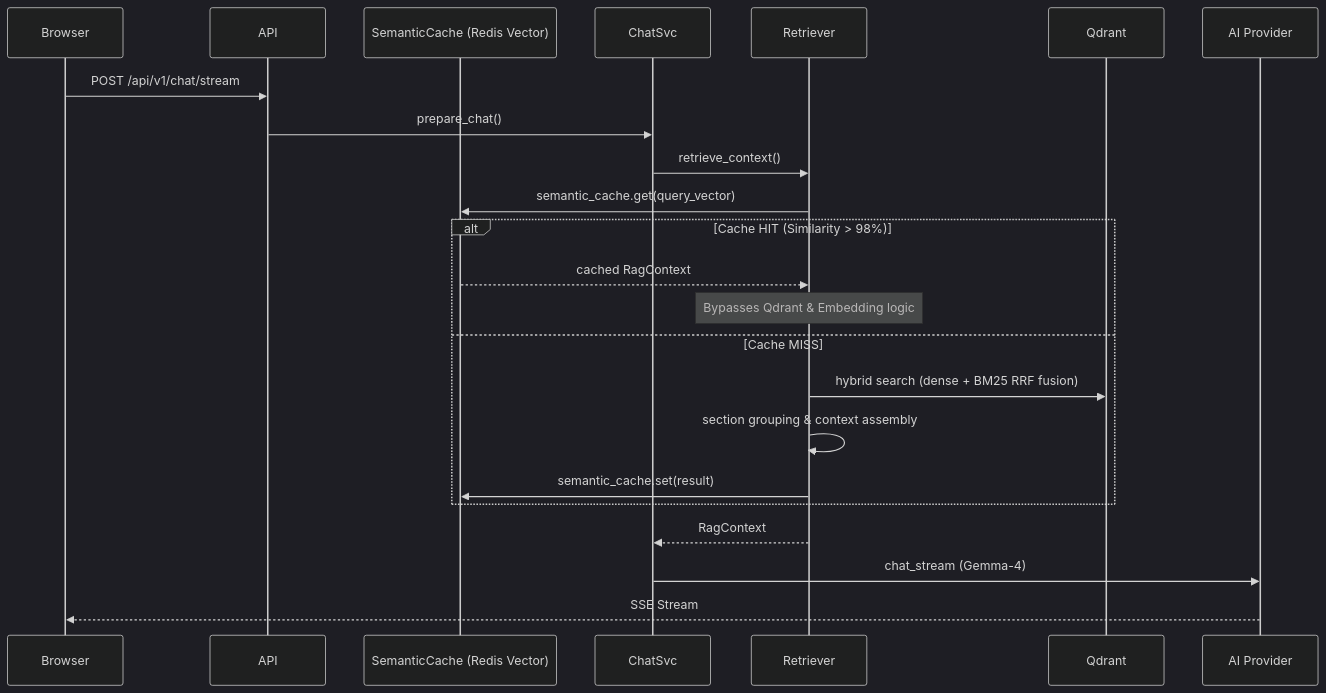
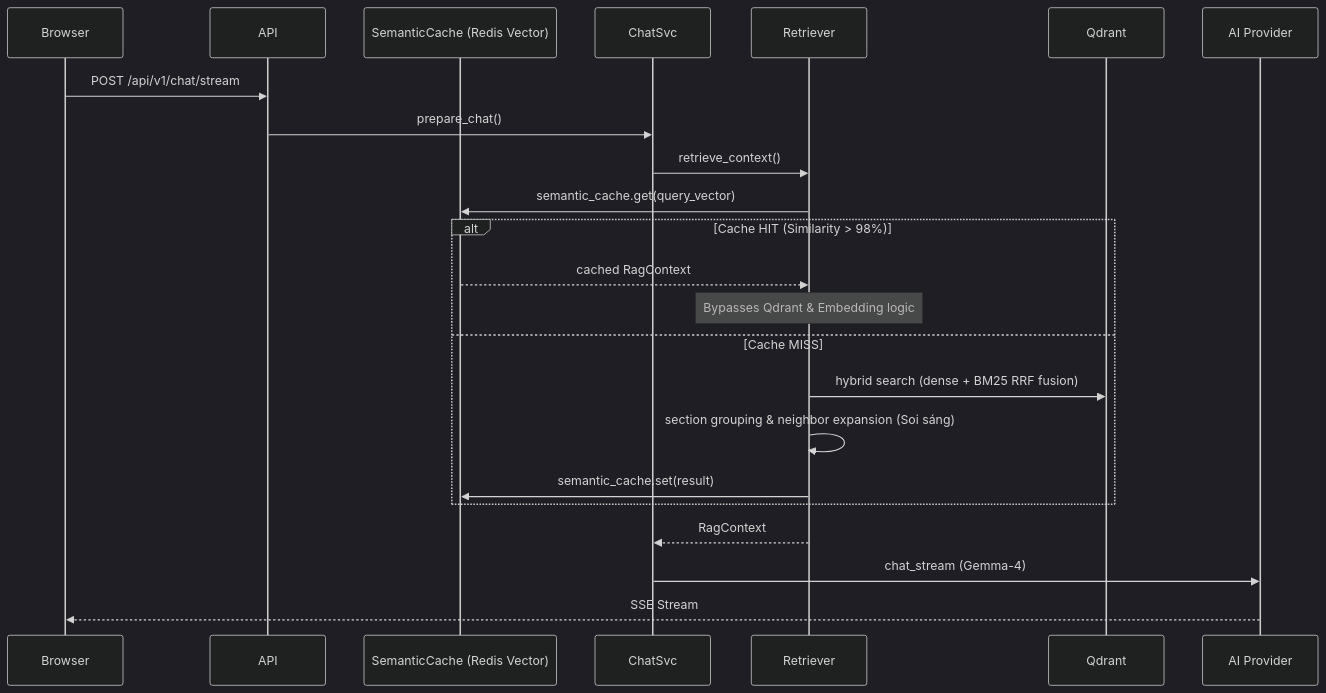
Before and after one commit to qtuanph/chatbot-rag: the second of 4 diagrams in docs/02_WORKFLOWS.md, drawn with Mermaid (dark theme). The commit also changed other lines of this file and 14 other files, not shown here.

````diff
--- a/docs/02_WORKFLOWS.md
+++ b/docs/02_WORKFLOWS.md
@@ -60,28 +60,28 @@
 ```mermaid
 sequenceDiagram
     participant Browser
     participant API
     participant Cache as SemanticCache (Redis Vector)
     participant ChatSvc
     participant Retriever
     participant Qdrant
     participant Provider as AI Provider
 
     Browser->>API: POST /api/v1/chat/stream
     API->>ChatSvc: prepare_chat()
     ChatSvc->>Retriever: retrieve_context()
     
     Retriever->>Cache: semantic_cache.get(query_vector)
     alt Cache HIT (Similarity > 98%)
         Cache-->>Retriever: cached RagContext
         Note over Retriever: Bypasses Qdrant & Embedding logic
     else Cache MISS
         Retriever->>Qdrant: hybrid search (dense + BM25 RRF fusion)
-        Retriever->>Retriever: section grouping & context assembly
+        Retriever->>Retriever: section grouping & neighbor expansion (Soi sáng)
         Retriever->>Cache: semantic_cache.set(result)
     end
 
     Retriever-->>ChatSvc: RagContext
     ChatSvc->>Provider: chat_stream (Gemma-4)
     Provider-->>Browser: SSE Stream
 ```
````
